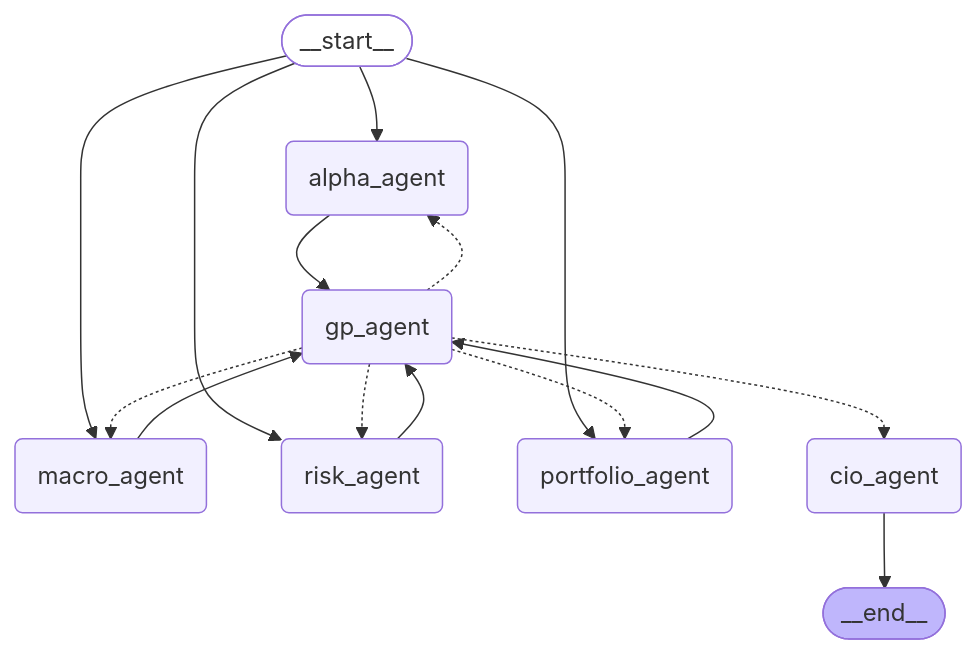
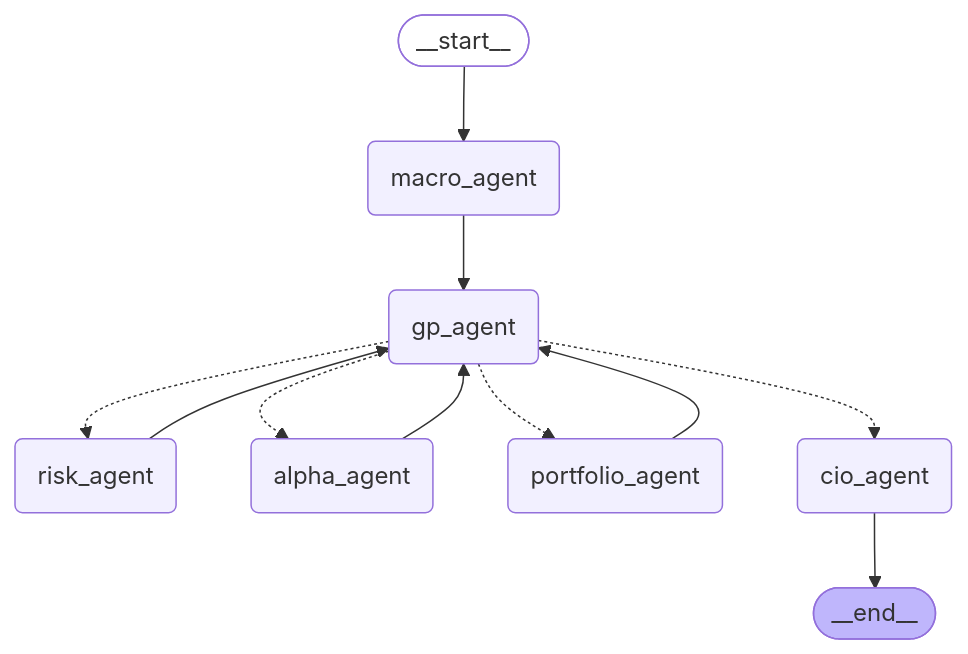
Before and after one commit to JamesYang76/AlphaInvest: the diagram in graph_flow.md, drawn with Mermaid. The commit also changed 6 other files, not shown here.

````diff
--- a/graph_flow.md
+++ b/graph_flow.md
@@ -3,29 +3,25 @@
 ```mermaid
 graph TD;
 	__start__([__start__]):::first
 	macro_agent(macro_agent)
 	risk_agent(risk_agent)
 	alpha_agent(alpha_agent)
 	portfolio_agent(portfolio_agent)
 	gp_agent(gp_agent)
 	cio_agent(cio_agent)
 	__end__([__end__]):::last
-	__start__ --> alpha_agent;
 	__start__ --> macro_agent;
-	__start__ --> portfolio_agent;
-	__start__ --> risk_agent;
 	alpha_agent --> gp_agent;
 	gp_agent -.-> alpha_agent;
 	gp_agent -.-> cio_agent;
-	gp_agent -.-> macro_agent;
 	gp_agent -.-> portfolio_agent;
 	gp_agent -.-> risk_agent;
 	macro_agent --> gp_agent;
 	portfolio_agent --> gp_agent;
 	risk_agent --> gp_agent;
 	cio_agent --> __end__;
 	classDef default fill:#f2f0ff,line-height:1.2
 	classDef first fill-opacity:0
 	classDef last fill:#bfb6fc
 
 ```
````
